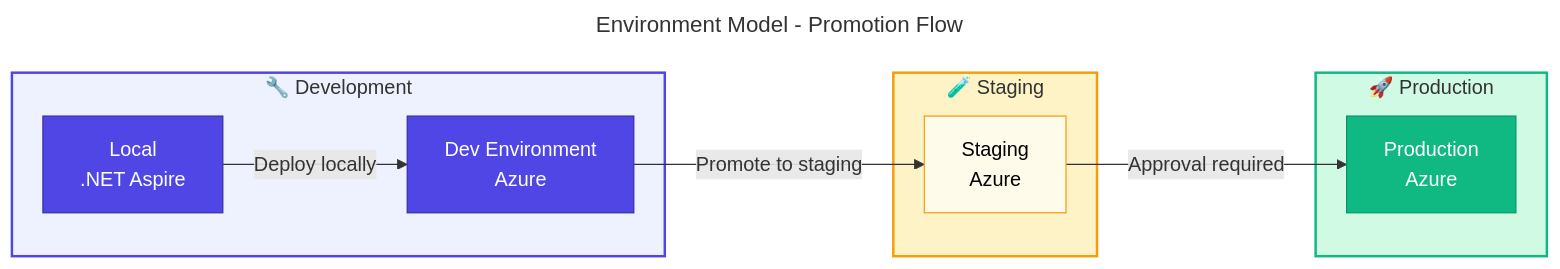
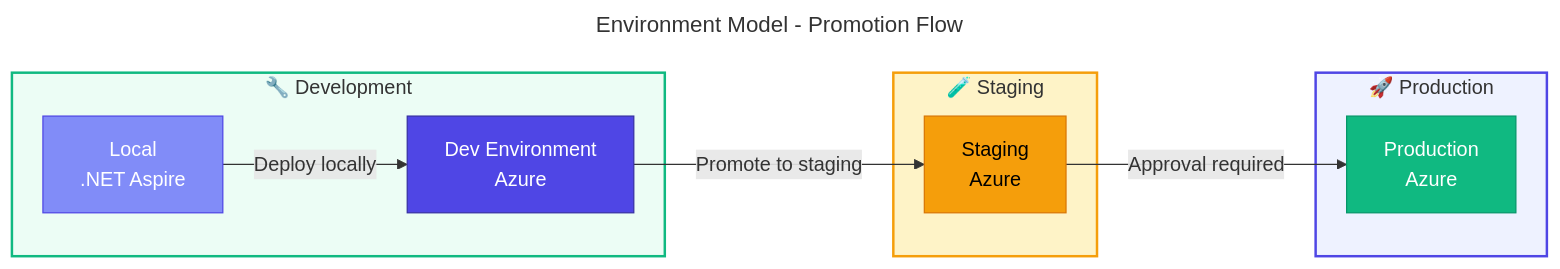
The first of 6 diagrams in docs/architecture/07-deployment-architecture.md (Evilazaro/Azure-LogicApps-Monitoring), drawn with Mermaid before and after one commit. The commit also changed other lines of this file and 1 other file, not shown here.

Commit message:
fix: Update deployment architecture documentation and add reference in DevOps README

````diff
--- a/docs/architecture/07-deployment-architecture.md
+++ b/docs/architecture/07-deployment-architecture.md
@@ -32,44 +34,47 @@
 ```mermaid
 ---
 title: Environment Model - Promotion Flow
 ---
 flowchart LR
     %% ===== CLASS DEFINITIONS =====
+    %% Primary components: Indigo - main processes/services
     classDef primary fill:#4F46E5,stroke:#3730A3,color:#FFFFFF
+    %% Secondary components: Emerald - secondary elements
     classDef secondary fill:#10B981,stroke:#059669,color:#FFFFFF
+    %% Data stores: Amber - environments/reporting
     classDef datastore fill:#F59E0B,stroke:#D97706,color:#000000
+    %% External systems: Gray - external calls
     classDef external fill:#6B7280,stroke:#4B5563,color:#FFFFFF,stroke-dasharray: 5 5
-    classDef failed fill:#F44336,stroke:#C62828,color:#FFFFFF
+    %% Triggers: Indigo light - entry points
     classDef trigger fill:#818CF8,stroke:#4F46E5,color:#FFFFFF
-    classDef decision fill:#FFFBEB,stroke:#F59E0B,color:#000000
-    classDef input fill:#F3F4F6,stroke:#6B7280,color:#000000
 
     %% ===== DEVELOPMENT ENVIRONMENT =====
     subgraph Dev["🔧 Development"]
         Local["Local<br/>.NET Aspire"]
         DevEnv["Dev Environment<br/>Azure"]
     end
-    style Dev fill:#EEF2FF,stroke:#4F46E5,stroke-width:2px
+    style Dev fill:#ECFDF5,stroke:#10B981,stroke-width:2px
 
     %% ===== STAGING ENVIRONMENT =====
     subgraph Stage["🧪 Staging"]
         StageEnv["Staging<br/>Azure"]
     end
     style Stage fill:#FEF3C7,stroke:#F59E0B,stroke-width:2px
 
     %% ===== PRODUCTION ENVIRONMENT =====
     subgraph Prod["🚀 Production"]
         ProdEnv["Production<br/>Azure"]
     end
-    style Prod fill:#D1FAE5,stroke:#10B981,stroke-width:2px
+    style Prod fill:#EEF2FF,stroke:#4F46E5,stroke-width:2px
 
     %% ===== PROMOTION FLOW =====
     Local -->|"Deploy locally"| DevEnv
     DevEnv -->|"Promote to staging"| StageEnv
     StageEnv -->|"Approval required"| ProdEnv
 
     %% ===== APPLY STYLES =====
-    class Local,DevEnv primary
-    class StageEnv decision
+    class Local trigger
+    class DevEnv primary
+    class StageEnv datastore
     class ProdEnv secondary
 ```
````
